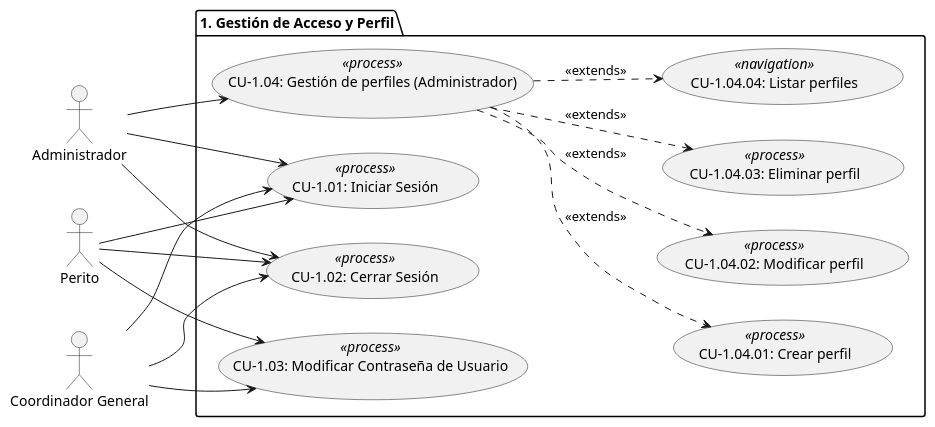
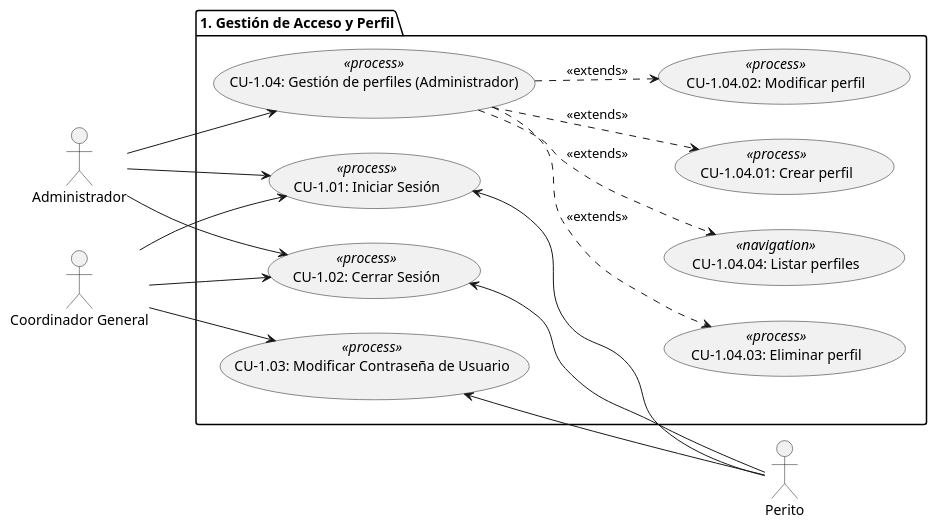
The diagram in CU1.puml (c4lvar3z7/Doc-ForenSys), drawn with PlantUML before and after one commit. The commit also changed 2 other files, not shown here.

Commit message:
Diagrama de paquetes de casos de uso han sido simplificados para mejorar su legibilidad

```diff
--- a/CU1.puml
+++ b/CU1.puml
@@ -1,36 +1,53 @@
 @startuml
 left to right direction
 
 actor :Administrador: as Admin
+actor :Coordinador General: as Coordinador
 actor :Perito: as Perito
-actor :Coordinador General: as Coordinador
 
 package "1. Gestión de Acceso y Perfil" {
-    usecase "CU-1.01: Iniciar Sesión" as CU_1_01 <<process>>
-    usecase "CU-1.02: Cerrar Sesión" as CU_1_02 <<process>>
-    usecase "CU-1.03: Modificar Contraseña de Usuario" as CU_1_03 <<process>>
-    
+
+    together {
+        usecase "CU-1.01: Iniciar Sesión" as CU_1_01 <<process>>
+        usecase "CU-1.02: Cerrar Sesión" as CU_1_02 <<process>>
+        usecase "CU-1.03: Modificar Contraseña de Usuario" as CU_1_03 <<process>>
+    }
+
     usecase "CU-1.04: Gestión de perfiles (Administrador)" as CU_1_04 <<process>>
+
     usecase "CU-1.04.01: Crear perfil" as CU_1_04_01 <<process>>
     usecase "CU-1.04.02: Modificar perfil" as CU_1_04_02 <<process>>
     usecase "CU-1.04.03: Eliminar perfil" as CU_1_04_03 <<process>>
     usecase "CU-1.04.04: Listar perfiles" as CU_1_04_04 <<navigation>>
-    
+
+    ' Fuerza CU_1_04 debajo de los otros CU
+    ' CU_1_03 -[hidden]up-> CU_1_04
+    ' CU_1_02 -[hidden]-> CU_1_03
+    'CU_1_04 -[hidden]down-> CU_1_02
+
     CU_1_04 ..> CU_1_04_01 : <<extends>>
     CU_1_04 ..> CU_1_04_02 : <<extends>>
     CU_1_04 ..> CU_1_04_03 : <<extends>>
     CU_1_04 ..> CU_1_04_04 : <<extends>>
 }
 
-Perito --> CU_1_01
-Perito --> CU_1_02
-Perito --> CU_1_03
+'Perito --> CU_1_01
+'Perito --> CU_1_02
+'Perito --> CU_1_03
+
+CU_1_01 <-- Perito 
+CU_1_02 <-- Perito 
+CU_1_03 <-- Perito 
 
 Coordinador --> CU_1_01
 Coordinador --> CU_1_02
 Coordinador --> CU_1_03
 
-Admin --> CU_1_01
-Admin --> CU_1_02
-Admin --> CU_1_04
-@endum
+'CU_1_01 <-- Admin 
+'CU_1_02 <-- Admin 
+'CU_1_04 <-- Admin 
+
+Admin --> CU_1_01 
+Admin --> CU_1_02 
+Admin --> CU_1_04 
+@enduml
```
